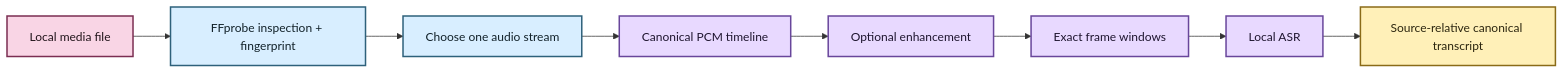
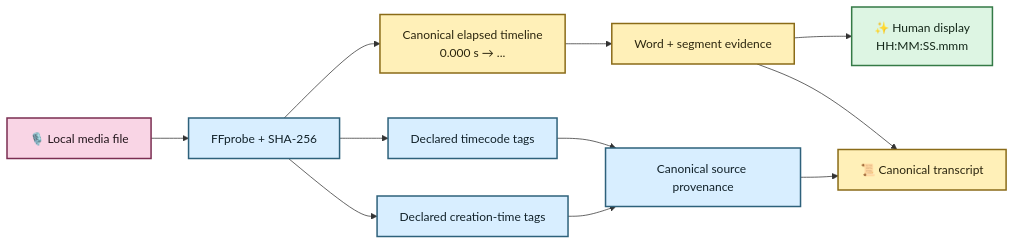
The first of 2 diagrams in docs/architecture/media-and-timeline.md (SSD1805/EchoFlow), drawn with Mermaid before and after one commit. The commit also changed other lines of this file, not shown here.

Commit message:
docs(architecture): document current media time provenance

````diff
--- a/docs/architecture/media-and-timeline.md
+++ b/docs/architecture/media-and-timeline.md
@@ -33,20 +48,23 @@
 ```mermaid
 flowchart LR
-    A[Local media file] --> B[FFprobe inspection + fingerprint]
-    B --> C[Choose one audio stream]
-    C --> D[Canonical PCM timeline]
-    D --> E[Optional enhancement]
-    E --> F[Exact frame windows]
-    F --> G[Local ASR]
-    G --> H[Source-relative canonical transcript]
+    A[🎙️ Local media file] --> B[FFprobe + SHA-256]
+    B --> R[Canonical elapsed timeline<br/>0.000 s → ...]
+    B --> T[Declared timecode tags]
+    B --> C[Declared creation-time tags]
+    R --> W[Word + segment evidence]
+    W --> H[✨ Human display<br/>HH:MM:SS.mmm]
+    T --> P[Canonical source provenance]
+    C --> P
+    W --> X[📜 Canonical transcript]
+    P --> X
 
     classDef source fill:#F9D5E5,stroke:#7B2E52,stroke-width:2px,color:#22151B
-    classDef inspect fill:#D8EEFF,stroke:#2E617B,stroke-width:2px,color:#12222A
-    classDef process fill:#E8D9FF,stroke:#68469B,stroke-width:2px,color:#1F1630
-    classDef evidence fill:#FFF0B8,stroke:#8A6B18,stroke-width:2px,color:#2C260F
+    classDef canonical fill:#FFF0B8,stroke:#8A6B18,stroke-width:2px,color:#2C260F
+    classDef provenance fill:#D8EEFF,stroke:#2E617B,stroke-width:2px,color:#12222A
+    classDef view fill:#DDF5E3,stroke:#347A46,stroke-width:2px,color:#142719
 
     class A source
-    class B,C inspect
-    class D,E,F,G process
-    class H evidence
+    class R,W,X canonical
+    class B,T,C,P provenance
+    class H view
 ```
````
